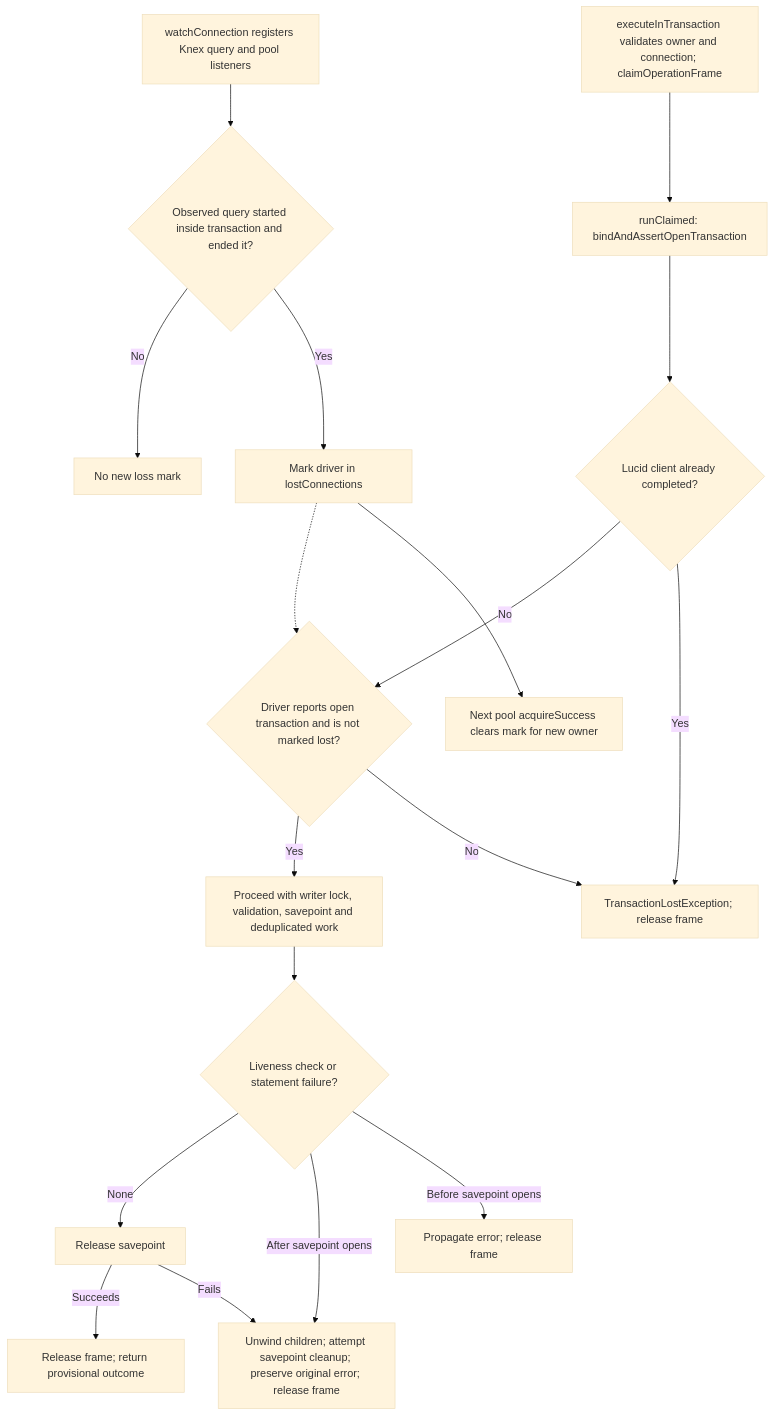
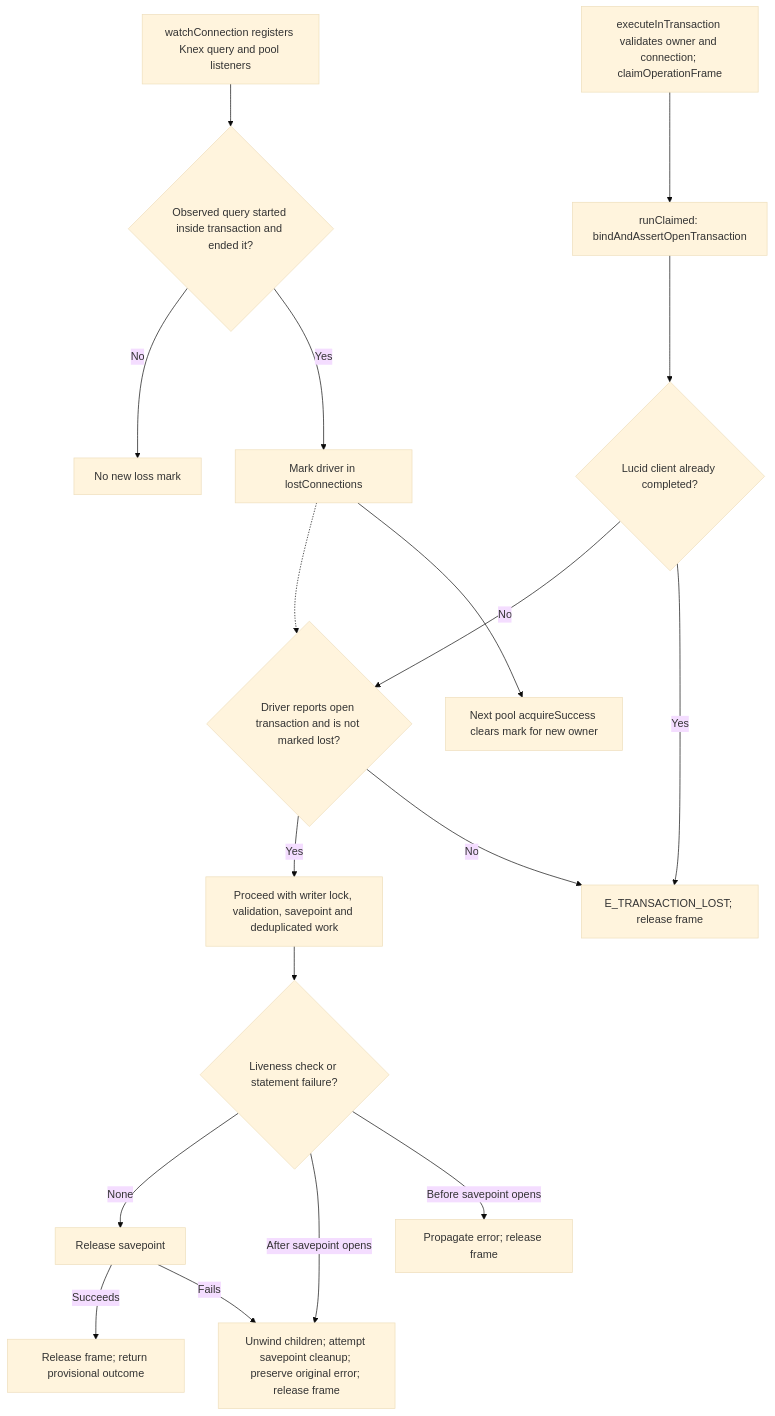
Before and after one commit to Kevinjohn/oss-adonisjs-duplicate-request-guard: the second of 2 diagrams in user-stories/US-GUARD-06-recover-transaction.md, drawn with Mermaid (base theme). The commit also changed other lines of this file and 18 other files, not shown here.

````diff
--- a/user-stories/US-GUARD-06-recover-transaction.md
+++ b/user-stories/US-GUARD-06-recover-transaction.md
@@ -36,20 +36,20 @@
 ```mermaid
 flowchart TD
     W["watchConnection registers Knex query and pool listeners"] --> Q{"Observed query started inside transaction and ended it?"}
     Q -->|Yes| L["Mark driver in lostConnections"]
     Q -->|No| N["No new loss mark"]
     L --> R["Next pool acquireSuccess clears mark for new owner"]
     A["executeInTransaction validates owner and connection; claimOperationFrame"] --> C["runClaimed: bindAndAssertOpenTransaction"]
     C --> K{"Lucid client already completed?"}
-    K -->|Yes| E["TransactionLostException; release frame"]
+    K -->|Yes| E["E_TRANSACTION_LOST; release frame"]
     K -->|No| D{"Driver reports open transaction and is not marked lost?"}
     L -.-> D
     D -->|No| E
     D -->|Yes| F["Proceed with writer lock, validation, savepoint and deduplicated work"]
     F --> G{"Liveness check or statement failure?"}
     G -->|Before savepoint opens| E2["Propagate error; release frame"]
     G -->|After savepoint opens| H["Unwind children; attempt savepoint cleanup; preserve original error; release frame"]
     G -->|None| I["Release savepoint"]
     I -->|Fails| H
     I -->|Succeeds| J["Release frame; return provisional outcome"]
 ```
````
